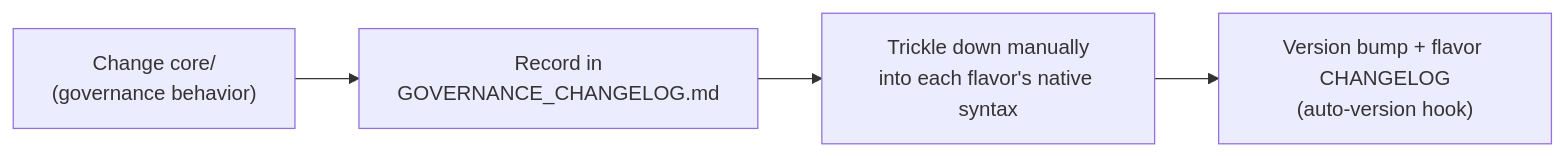
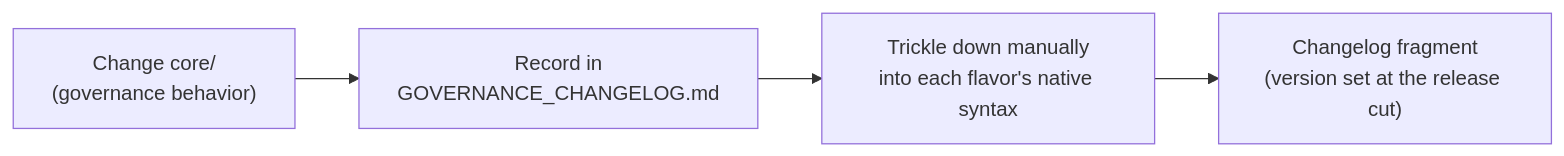
One commit to sefalk/AgenticAIGovernance changed the diagram in docs/wiki/14-governance-change.md. Above: the diagram before and after it, drawn with Mermaid. The commit also changed other lines of this file and 5 other files, not shown here.

Commit message:
[agent:documenter] docs: release cut, wiki and changelog fragment for conflict-free PRs (#426)

````diff
--- a/docs/wiki/14-governance-change.md
+++ b/docs/wiki/14-governance-change.md
@@ -37,6 +37,6 @@
 ```mermaid
 flowchart LR
     C["Change core/<br/>(governance behavior)"] --> CL["Record in<br/>GOVERNANCE_CHANGELOG.md"]
     CL --> T["Trickle down manually<br/>into each flavor's native syntax"]
-    T --> V["Version bump + flavor CHANGELOG<br/>(auto-version hook)"]
+    T --> V["Changelog fragment<br/>(version set at the release cut)"]
 ```
````
